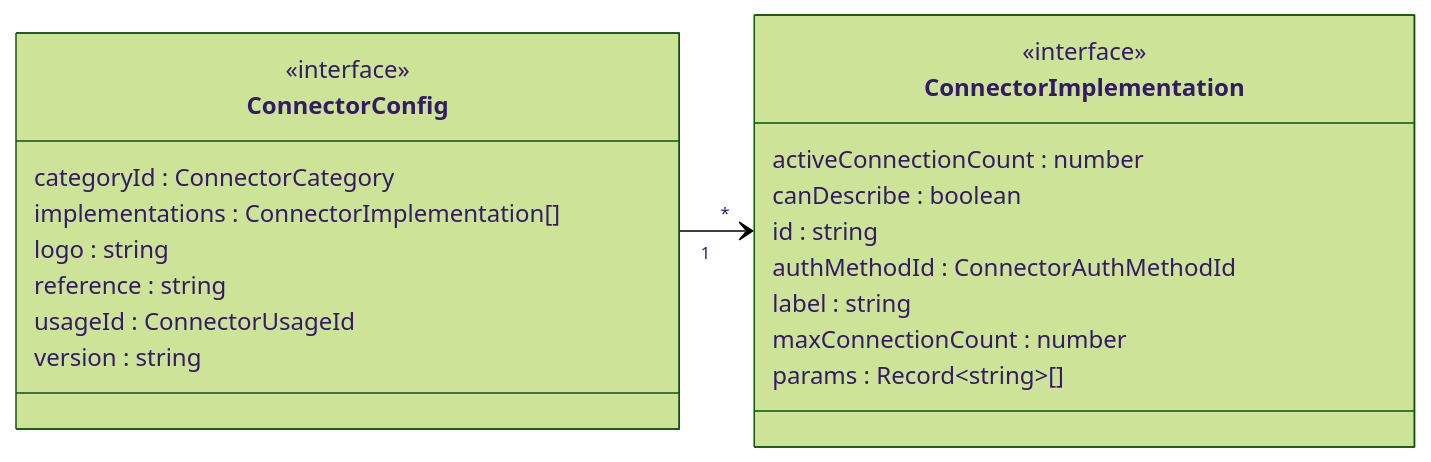
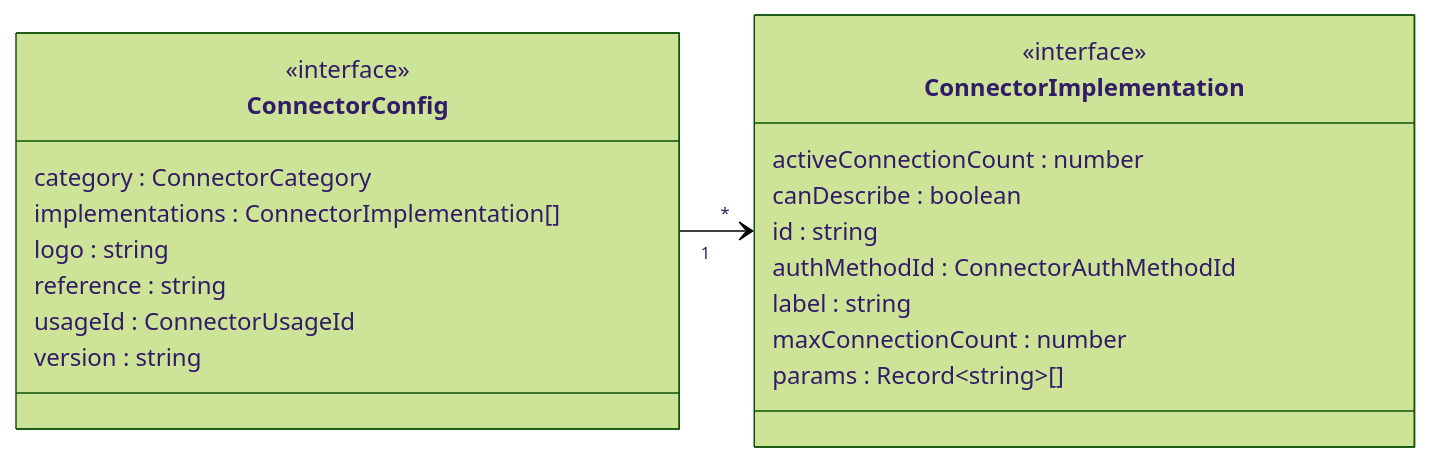
Before and after one commit to data-positioning/datapos-shared: the fourth of 15 diagrams in README.md, drawn with Mermaid (forest theme). The commit also changed other lines of this file and 1 other file, not shown here.

````diff
--- a/README.md
+++ b/README.md
@@ -145,28 +145,28 @@
 ```mermaid
 classDiagram
     direction LR
 
 
     class ConnectorConfig {
         <<interface>>
-        categoryId : ConnectorCategory
+        category : ConnectorCategory
         implementations : ConnectorImplementation[]
         logo : string
         reference : string
         usageId : ConnectorUsageId
         version : string
     }
 
     class ConnectorImplementation {
         <<interface>>
         activeConnectionCount : number
         canDescribe : boolean
         id : string
         authMethodId : ConnectorAuthMethodId
         label : string
         maxConnectionCount : number
         params : Record~string~[]
     }
 
     ConnectorConfig "1" --> "*" ConnectorImplementation
 ```
````
